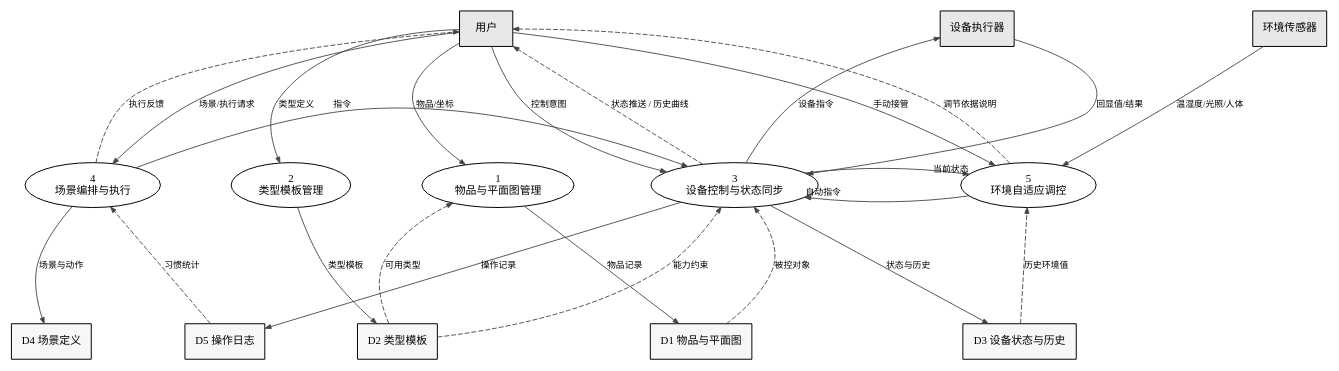
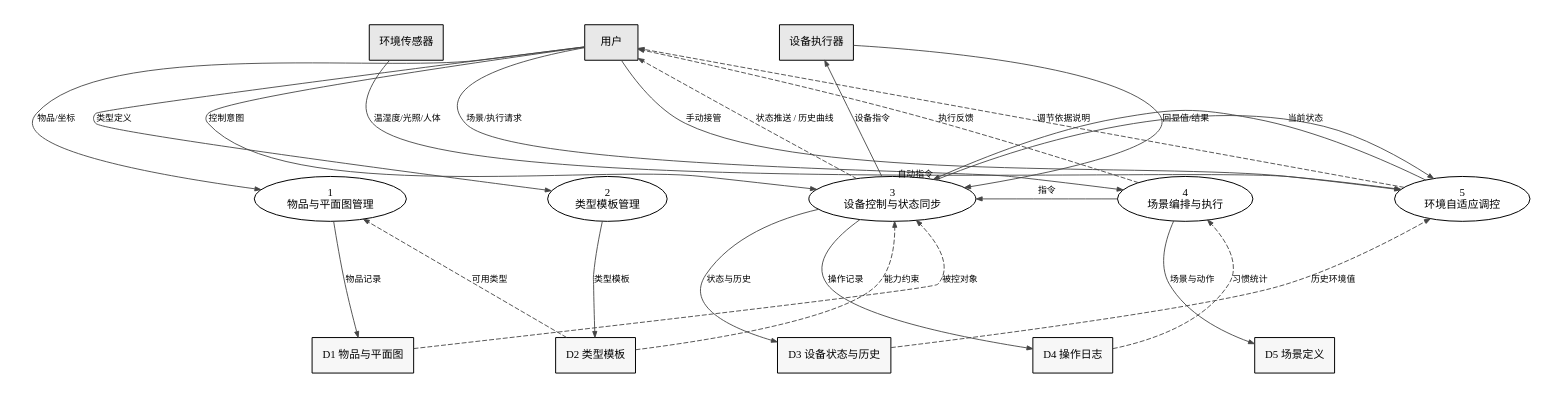
One commit to I-am-not-a-Yuzusoft-fan/smart-home changed the diagram in docs/diagrams/src/05-dfd.dot. Above: the diagram before and after it, drawn with Graphviz. The commit also changed 8 other files, not shown here.

```diff
--- a/docs/diagrams/src/05-dfd.dot
+++ b/docs/diagrams/src/05-dfd.dot
@@ -1,60 +1,66 @@
 // 图 5  分层数据流图（DFD 第 1 层）
 // 外部实体与输入/输出流与顶层 DFD（00-dfd-top.dot）严格保持父子平衡。
 digraph DFD {
-  graph [rankdir=TB, fontname="PingFang SC", nodesep=1.0, ranksep=1.5, splines=spline, bgcolor="white"];
+  graph [rankdir=TB, ordering=out, pad="0.35,0.25", fontname="PingFang SC", nodesep=1.0, ranksep=1.5, splines=spline, bgcolor="white"];
   node  [fontname="PingFang SC", fontsize=11, margin="0.12,0.06"];
   edge  [fontname="PingFang SC", fontsize=9, color="#444444", arrowsize=0.6, penwidth=0.9];
 
   // 第一行：外部实体
   node [shape=box, style="filled", fillcolor="#E8E8E8"];
   用户; 环境传感器; 设备执行器;
 
   // 第二行：加工
   node [shape=ellipse, style="filled", fillcolor="#FFFFFF"];
   P1 [label="1\n物品与平面图管理"];
   P2 [label="2\n类型模板管理"];
   P3 [label="3\n设备控制与状态同步"];
   P4 [label="4\n场景编排与执行"];
   P5 [label="5\n环境自适应调控"];
 
   // 第三行：数据存储
   node [shape=box, style="filled", fillcolor="#F7F7F7"];
   D1 [label="D1 物品与平面图"];
   D2 [label="D2 类型模板"];
   D3 [label="D3 设备状态与历史"];
-  D4 [label="D4 场景定义"];
-  D5 [label="D5 操作日志"];
+  D5 [label="D5 场景定义"];
+  D4 [label="D4 操作日志"];
 
-  { rank=same; 用户; 环境传感器; 设备执行器; }
+  { rank=same; 环境传感器; 用户; 设备执行器; }
+  环境传感器 -> 用户 -> 设备执行器 [style=invis, weight=100];
   { rank=same; P1; P2; P3; P4; P5; }
+  P1 -> P2 -> P3 -> P4 -> P5 [style=invis, weight=100];
   { rank=same; D1; D2; D3; D4; D5; }
+  // 编号是语义的（D 后面就是它管的那个加工），读图时跳号会让人以为漏了一张表。
+  // 存储编号按「图的从左到右」排：D4 操作日志紧跟 D3（都归加工 3），D5 场景定义在最右。
+  // 这样编号顺序与视觉位置一致，读者按号找图不会以为漏了一张表。
+  D1 -> D2 -> D3 -> D4 -> D5 [style=invis, weight=100];
 
   用户 -> P1 [label="物品/坐标"];
   用户 -> P2 [label="类型定义"];
   用户 -> P3 [label="控制意图"];
   用户 -> P4 [label="场景/执行请求"];
   用户 -> P5 [label="手动接管"];
 
   P1 -> D1 [label="物品记录"];
   P2 -> D2 [label="类型模板"];
-  P4 -> D4 [label="场景与动作"];
+  P4 -> D5 [label="场景与动作"];
   P3 -> D3 [label="状态与历史"];
-  P3 -> D5 [label="操作记录"];
+  P3 -> D4 [label="操作记录"];
 
   D2 -> P1 [label="可用类型", style=dashed];
   D2 -> P3 [label="能力约束", style=dashed];
   D1 -> P3 [label="被控对象", style=dashed];
   D3 -> P5 [label="历史环境值", style=dashed];
-  D5 -> P4 [label="习惯统计", style=dashed];
+  D4 -> P4 [label="习惯统计", style=dashed];
 
   P3 -> 设备执行器 [label="设备指令"];
   设备执行器 -> P3 [label="回显值/结果"];
   P4 -> P3 [label="指令"];
   环境传感器 -> P5 [label="温湿度/光照/人体"];
   P5 -> P3 [headlabel="自动指令"];
-  P3 -> P5 [headlabel="当前状态"];
+  P3 -> P5 [label="当前状态"];
 
   P3 -> 用户 [label="状态推送 / 历史曲线", style=dashed];
   P4 -> 用户 [label="执行反馈", style=dashed];
   P5 -> 用户 [label="调节依据说明", style=dashed];
 }
```
